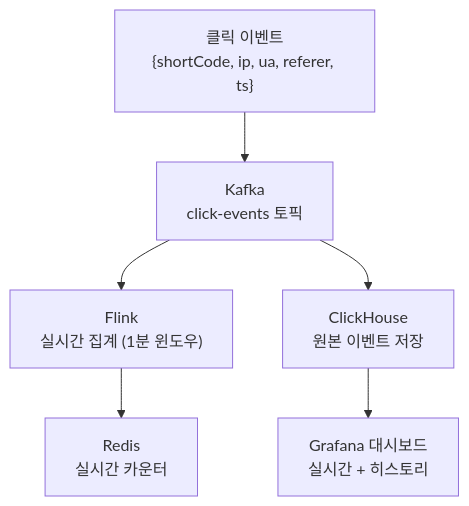
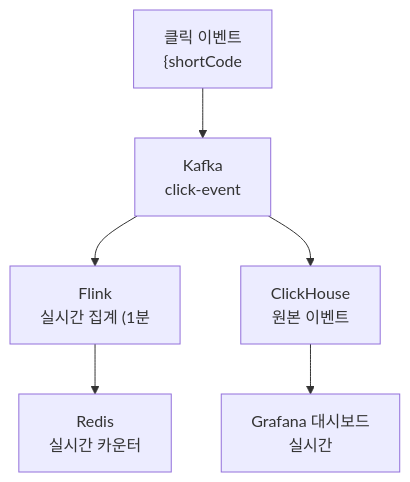
One commit to yjkim2015/yjkim2015.github.io changed the sixth of 8 diagrams in _posts/systemdesign/2026-05-02-system-design-url-shortener.md. Above: the diagram before and after it, drawn with Mermaid. The commit also changed other lines of this file and 271 other files, not shown here.

First line of the commit message:
Mermaid 라벨 축소: 긴 노드 텍스트 18자 이하로 트림 + \n 제거

````diff
--- a/_posts/systemdesign/2026-05-02-system-design-url-shortener.md
+++ b/_posts/systemdesign/2026-05-02-system-design-url-shortener.md
@@ -239,8 +239,8 @@
 ```mermaid
 graph TD
-    Click["클릭 이벤트\n{shortCode, ip, ua, referer, ts}"] --> Kafka["Kafka\nclick-events 토픽"]
-    Kafka --> Flink["Flink\n실시간 집계 (1분 윈도우)"]
-    Kafka --> CH["ClickHouse\n원본 이벤트 저장"]
+    Click["클릭 이벤트\n{shortCode"] --> Kafka["Kafka\nclick-event"]
+    Kafka --> Flink["Flink\n실시간 집계 (1분"]
+    Kafka --> CH["ClickHouse\n원본 이벤트"]
     Flink --> Redis["Redis\n실시간 카운터"]
-    CH --> Dashboard["Grafana 대시보드\n실시간 + 히스토리"]
+    CH --> Dashboard["Grafana 대시보드\n실시간"]
 ```
````
